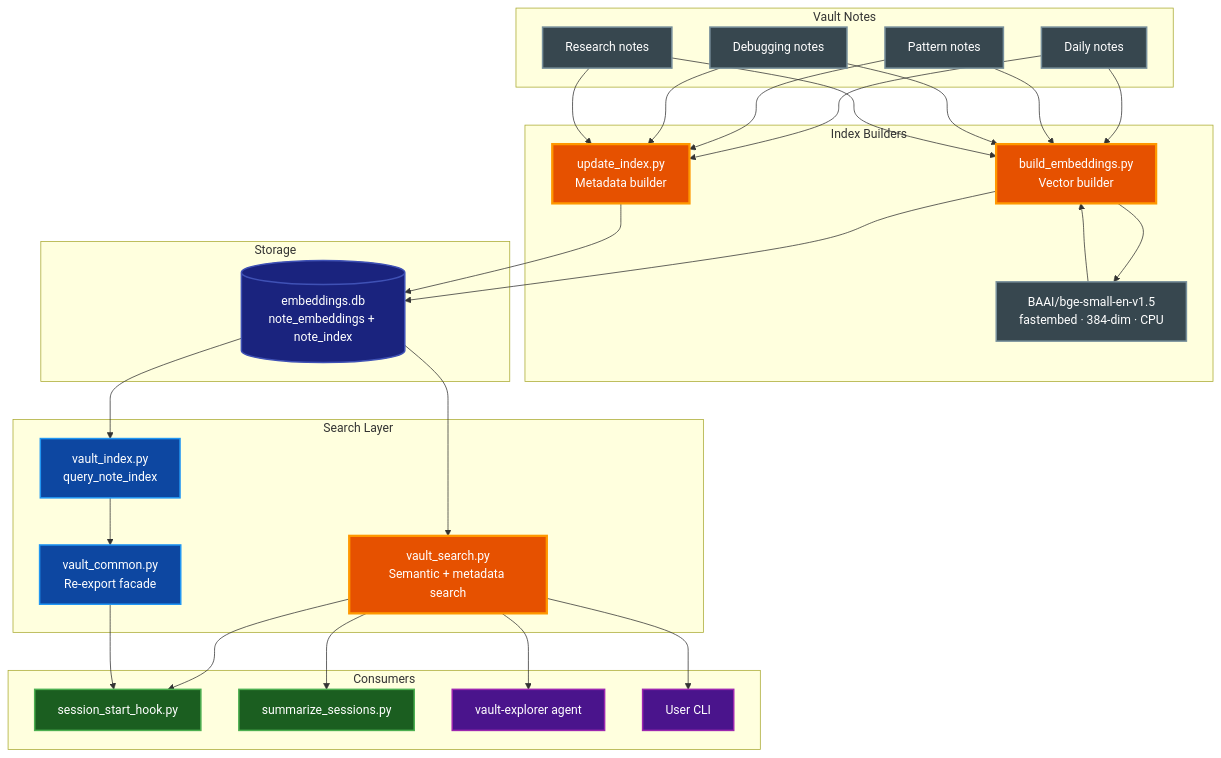
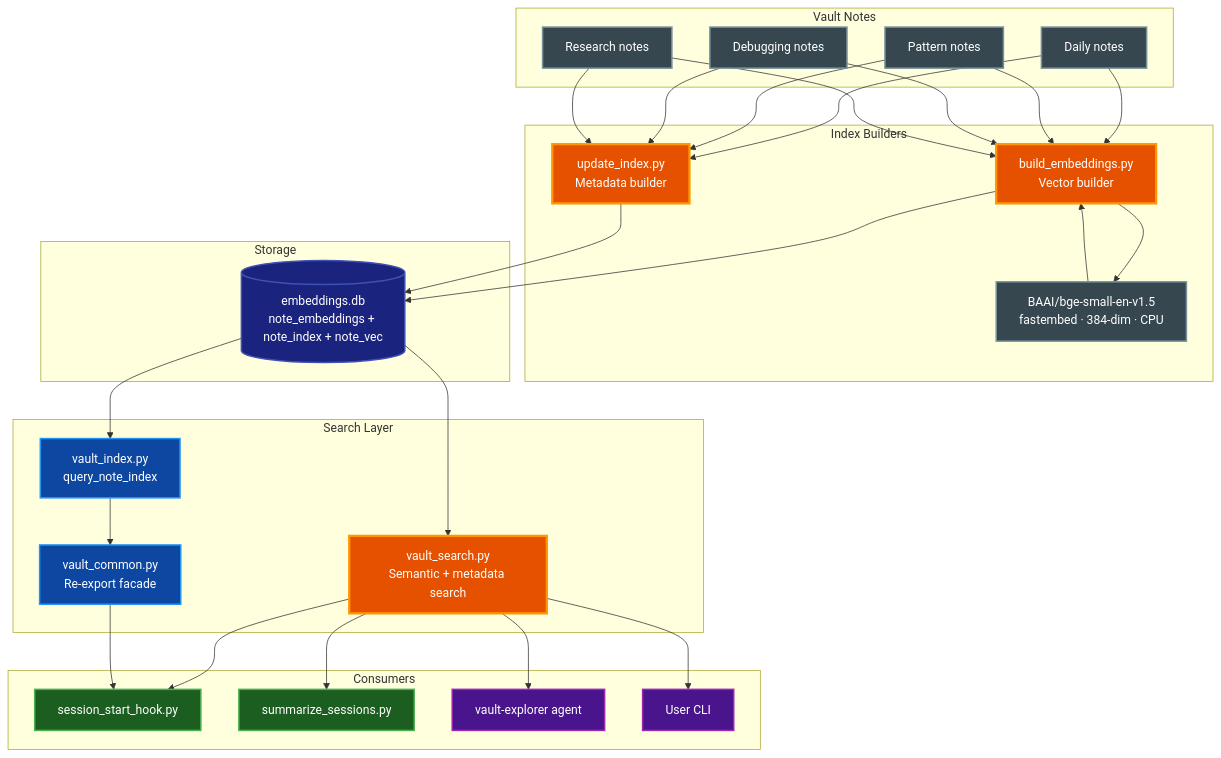
The diagram in docs/EMBEDDINGS.md (paulrobello/parsidion), drawn with Mermaid before and after one commit. The commit also changed other lines of this file and 14 other files, not shown here.

````diff
--- a/docs/EMBEDDINGS.md
+++ b/docs/EMBEDDINGS.md
@@ -84,65 +85,65 @@
 ```mermaid
 graph TB
     subgraph "Vault Notes"
         N1[Daily notes]
         N2[Pattern notes]
         N3[Debugging notes]
         N4[Research notes]
     end
 
     subgraph "Index Builders"
         BE[build_embeddings.py<br/>Vector builder]
         IDX[update_index.py<br/>Metadata builder]
         MODEL[BAAI/bge-small-en-v1.5<br/>fastembed · 384-dim · CPU]
     end
 
     subgraph "Storage"
-        DB[(embeddings.db<br/>note_embeddings + note_index)]
+        DB[(embeddings.db<br/>note_embeddings + note_index + note_vec)]
     end
 
     subgraph "Search Layer"
         VS[vault_search.py<br/>Semantic + metadata search]
         VI[vault_index.py<br/>query_note_index]
         VC[vault_common.py<br/>Re-export facade]
     end
 
     subgraph "Consumers"
         SSH[session_start_hook.py]
         SUM[summarize_sessions.py]
         VE[vault-explorer agent]
         CLI[User CLI]
     end
 
     N1 & N2 & N3 & N4 --> BE
     N1 & N2 & N3 & N4 --> IDX
     BE --> MODEL
     MODEL --> BE
     BE --> DB
     IDX --> DB
     DB --> VS
     DB --> VI
     VI --> VC
     VS --> SSH
     VS --> SUM
     VS --> VE
     VC --> SSH
     VS --> CLI
 
     class BE primary
     class IDX primary
     class VS primary
     class VI data
     class VC data
     class DB database
     class MODEL neutral
     class SSH,SUM active
     class VE,CLI external
     class N1,N2,N3,N4 neutral
 
     classDef primary fill:#e65100,stroke:#ff9800,stroke-width:3px,color:#ffffff
     classDef active fill:#1b5e20,stroke:#4caf50,stroke-width:2px,color:#ffffff
     classDef data fill:#0d47a1,stroke:#2196f3,stroke-width:2px,color:#ffffff
     classDef database fill:#1a237e,stroke:#3f51b5,stroke-width:2px,color:#ffffff
     classDef external fill:#4a148c,stroke:#9c27b0,stroke-width:2px,color:#ffffff
     classDef neutral fill:#37474f,stroke:#78909c,stroke-width:2px,color:#ffffff
 ```
````
